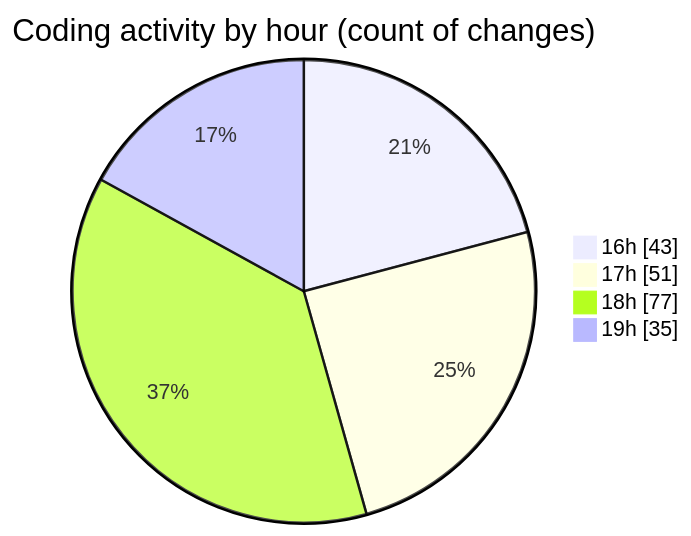
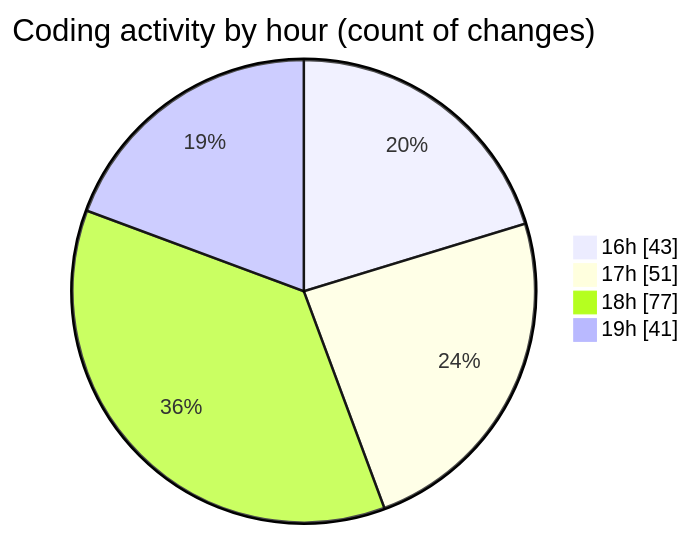
Before and after one commit to momahboobian/code-tracking: the second of 2 diagrams in 2026-11-13/broadcaster-v6-feature/README.md, drawn with Mermaid. The commit also changed other lines of this file and 1 other file, not shown here.

````diff
--- a/2026-11-13/broadcaster-v6-feature/README.md
+++ b/2026-11-13/broadcaster-v6-feature/README.md
@@ -94,8 +94,8 @@
 ```mermaid
 pie showData
 title Coding activity by hour (count of changes)
 "16h" : 43
 "17h" : 51
 "18h" : 77
-"19h" : 35
+"19h" : 41
 ```
````
